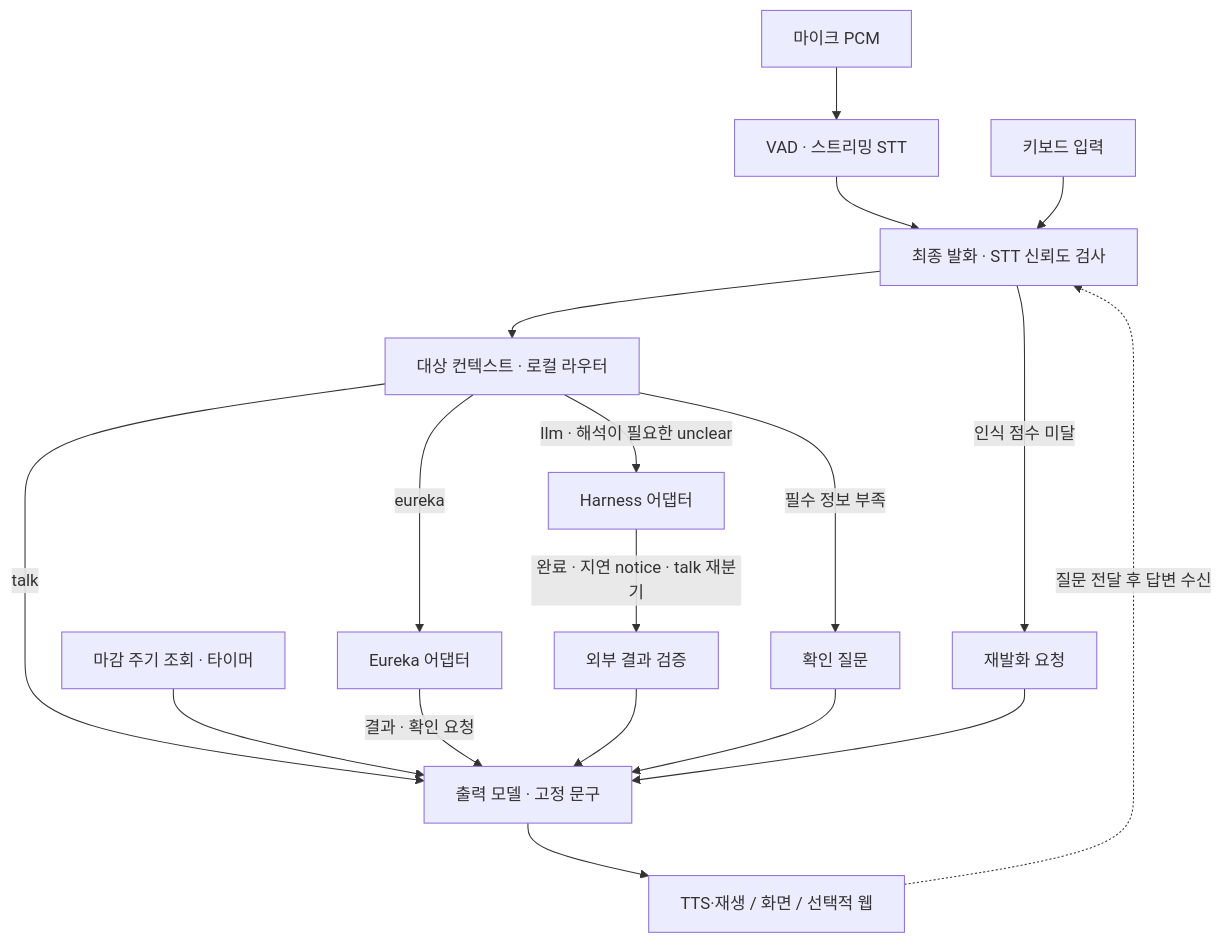
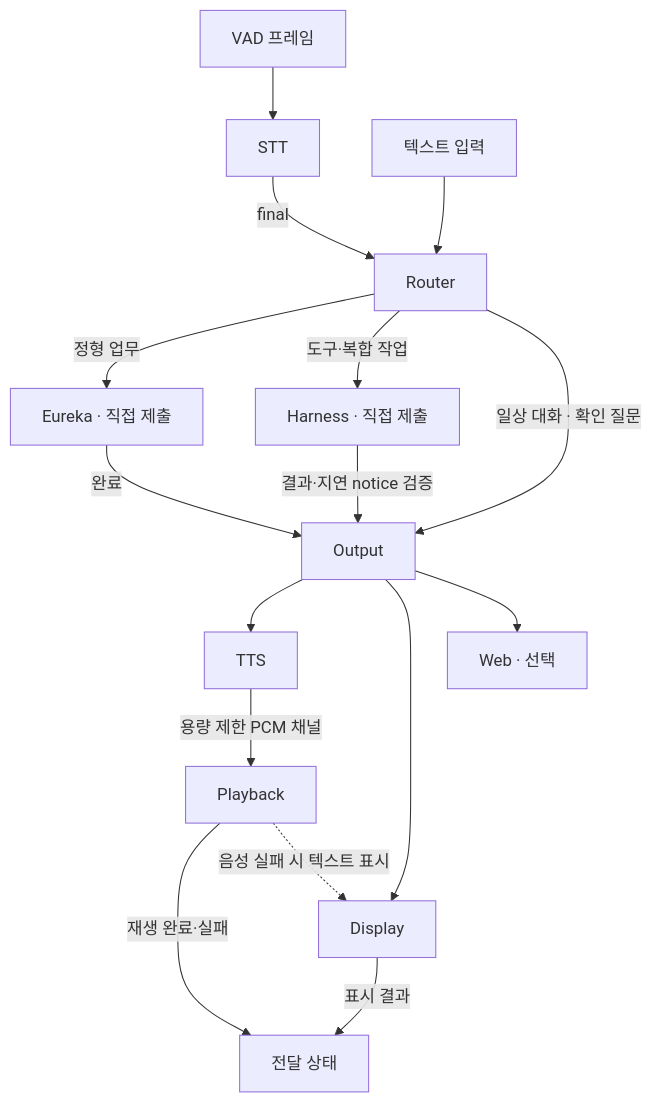
Before and after one commit to HansolSon1113/deskpet-pipeline: the second of 2 diagrams in README.md, drawn with Mermaid. The commit also changed other lines of this file, not shown here.

````diff
--- a/README.md
+++ b/README.md
@@ -9,20 +42,18 @@
 ```mermaid
 flowchart TD
-    Mic["마이크 PCM"] --> VAD["VAD · 스트리밍 STT"]
-    VAD --> Gate["최종 발화 · STT 신뢰도 검사"]
-    Text["키보드 입력"] --> Gate
-    Gate --> Route["대상 컨텍스트 · 로컬 라우터"]
-    Gate -->|"인식 점수 미달"| Retry["재발화 요청"]
-    Route -->|"eureka"| Eureka["Eureka 어댑터"]
-    Route -->|"llm · 해석이 필요한 unclear"| Harness["Harness 어댑터"]
-    Route -->|"talk"| Output["출력 모델 · 고정 문구"]
-    Route -->|"필수 정보 부족"| Ask["확인 질문"]
-    Poll["마감 주기 조회 · 타이머"] --> Output
-    Eureka -->|"결과 · 확인 요청"| Output
-    Harness -->|"완료 · 지연 notice · talk 재분기"| Injection["외부 결과 검증"]
-    Injection --> Output
-    Ask --> Output
-    Retry --> Output
-    Output --> Delivery["TTS·재생 / 화면 / 선택적 웹"]
-    Delivery -.->|"질문 전달 후 답변 수신"| Gate
+    Mic["VAD 프레임"] --> STT["STT"]
+    Text["텍스트 입력"] --> Router["Router"]
+    STT -->|"final"| Router
+    Router -->|"정형 업무"| Eureka["Eureka · 직접 제출"]
+    Router -->|"도구·복합 작업"| Harness["Harness · 직접 제출"]
+    Router -->|"일상 대화 · 확인 질문"| Output["Output"]
+    Eureka -->|"완료"| Output
+    Harness -->|"결과·지연 notice 검증"| Output
+    Output --> TTS["TTS"]
+    Output --> Screen["Display"]
+    Output --> Web["Web · 선택"]
+    TTS -->|"용량 제한 PCM 채널"| Player["Playback"]
+    Player -->|"재생 완료·실패"| Join["전달 상태"]
+    Screen -->|"표시 결과"| Join
+    Player -.->|"음성 실패 시 텍스트 표시"| Screen
 ```
````
